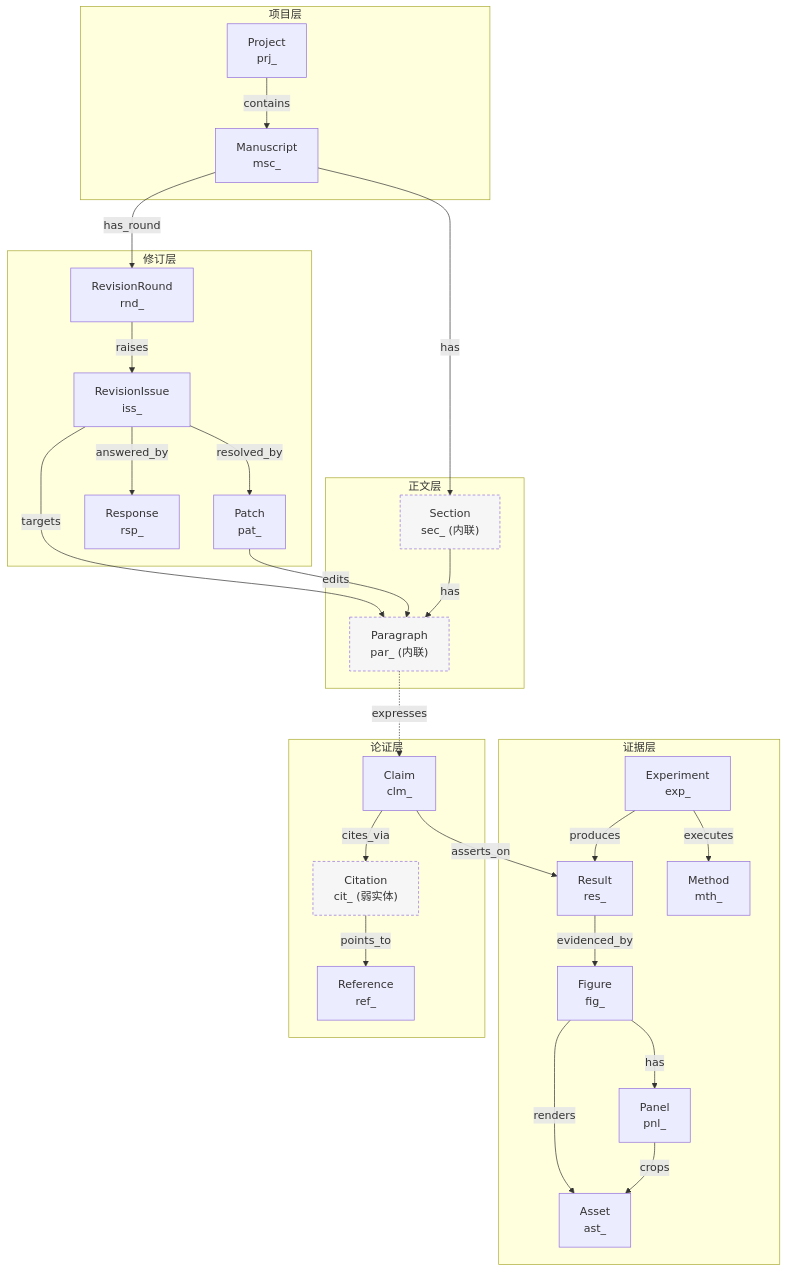
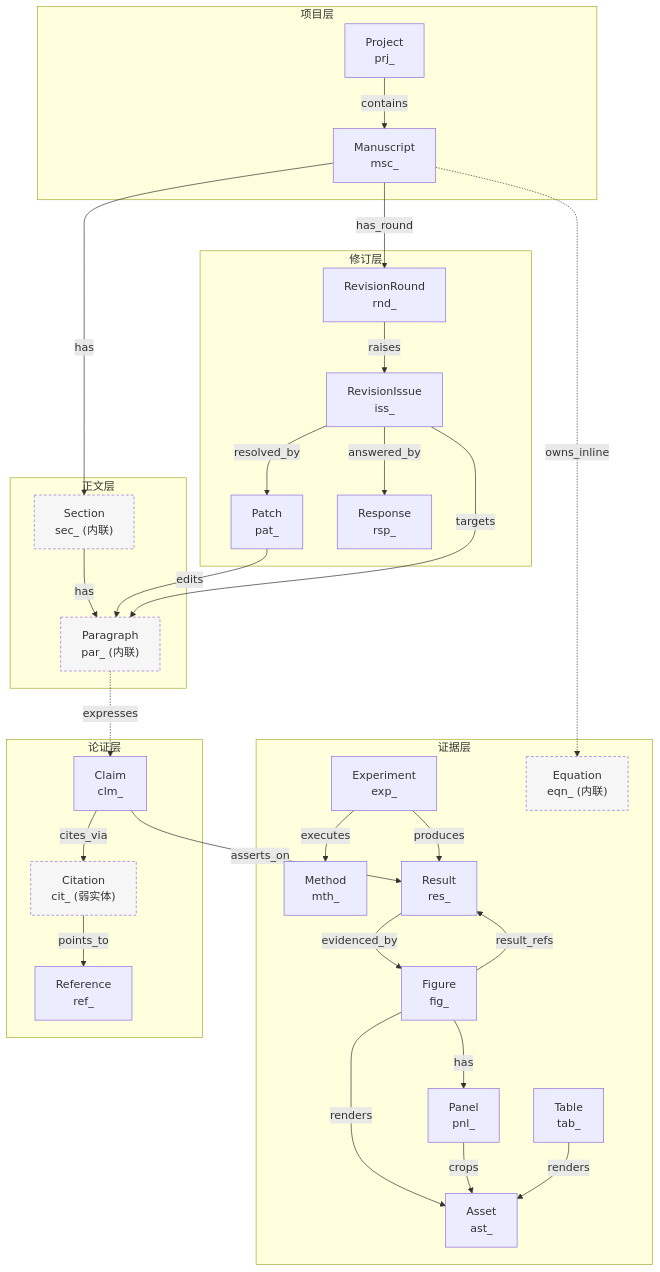
Before and after one commit to lianlianna909/recensio: the diagram in research/data-model/SCIENTIFIC_DATA_MODEL_PROPOSAL.md, drawn with Mermaid. The commit also changed other lines of this file and 27 other files, not shown here.

````diff
--- a/research/data-model/SCIENTIFIC_DATA_MODEL_PROPOSAL.md
+++ b/research/data-model/SCIENTIFIC_DATA_MODEL_PROPOSAL.md
@@ -76,58 +80,63 @@
 ```mermaid
 graph TD
   subgraph 项目层
     PRJ["Project<br/>prj_"]
     MSC["Manuscript<br/>msc_"]
   end
 
   subgraph 正文层
     SEC["Section<br/>sec_ (内联)"]
     PAR["Paragraph<br/>par_ (内联)"]
   end
 
   subgraph 证据层
     EXP["Experiment<br/>exp_"]
     MTH["Method<br/>mth_"]
     RES["Result<br/>res_"]
     FIG["Figure<br/>fig_"]
     PNL["Panel<br/>pnl_"]
+    TAB["Table<br/>tab_"]
+    EQN["Equation<br/>eqn_ (内联)"]
     AST["Asset<br/>ast_"]
   end
 
   subgraph 论证层
     CLM["Claim<br/>clm_"]
     REF["Reference<br/>ref_"]
     CIT["Citation<br/>cit_ (弱实体)"]
   end
 
   subgraph 修订层
     RND["RevisionRound<br/>rnd_"]
     ISS["RevisionIssue<br/>iss_"]
     PAT["Patch<br/>pat_"]
     RSP["Response<br/>rsp_"]
   end
 
   PRJ -->|contains| MSC
   MSC -->|has| SEC
   SEC -->|has| PAR
   EXP -->|executes| MTH
   EXP -->|produces| RES
   RES -->|evidenced_by| FIG
   FIG -->|has| PNL
   FIG -->|renders| AST
   PNL -->|crops| AST
+  FIG -->|result_refs| RES
+  TAB -->|renders| AST
+  MSC -.->|owns_inline| EQN
   CLM -->|asserts_on| RES
   CLM -->|cites_via| CIT
   CIT -->|points_to| REF
   PAR -.->|expresses| CLM
   MSC -->|has_round| RND
   RND -->|raises| ISS
   ISS -->|resolved_by| PAT
   ISS -->|answered_by| RSP
   PAT -->|edits| PAR
   ISS -->|targets| PAR
 
   classDef weak stroke-dasharray: 4 3,fill:#f6f6f6
   class CIT weak
-  class SEC,PAR weak
+  class SEC,PAR,EQN weak
 ```
````
